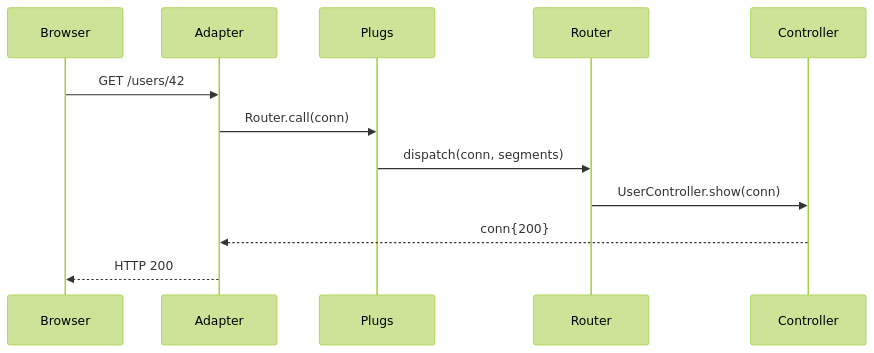
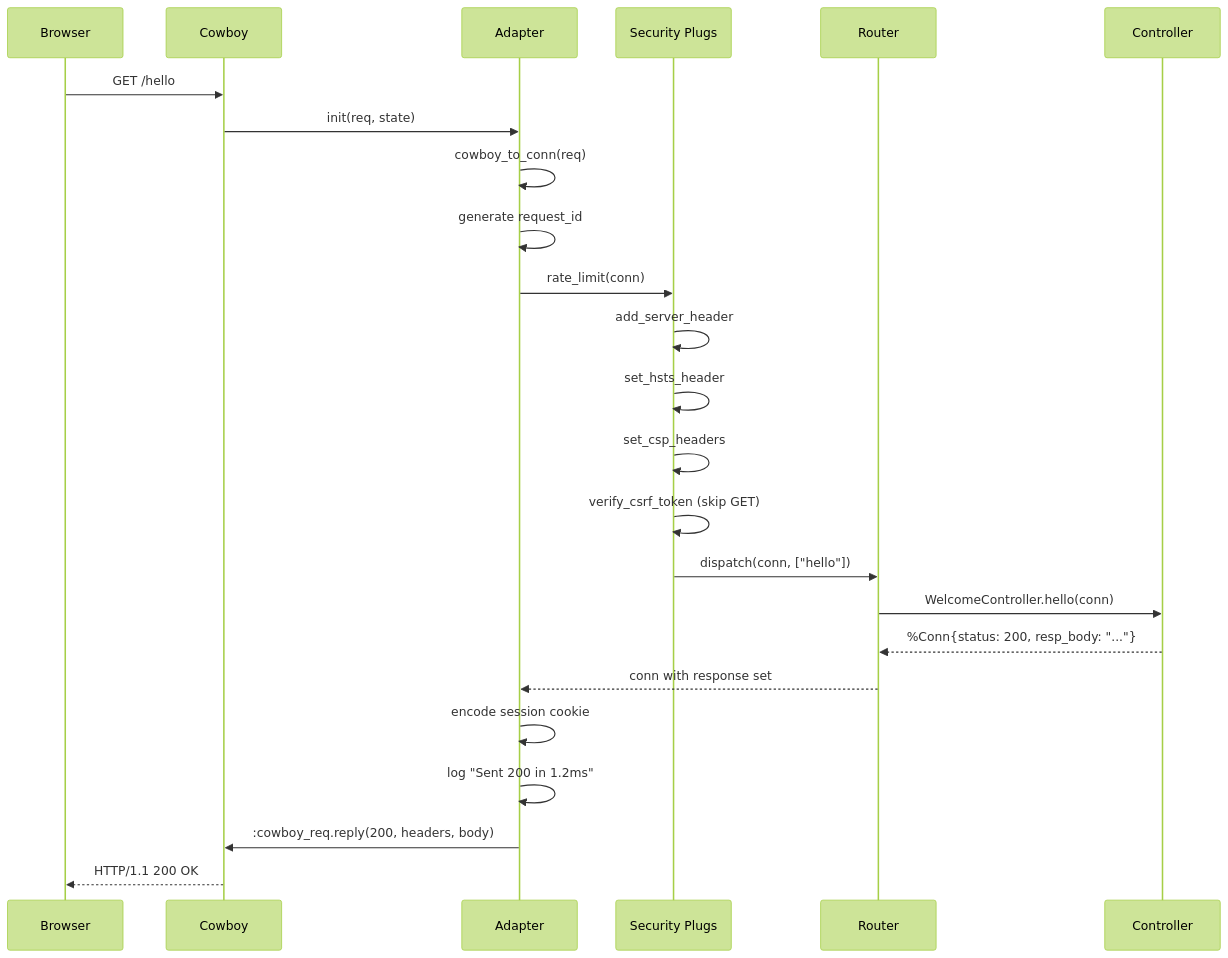
Before and after one commit to rajeshpillai/elixir-byowf: the diagram in course/flows/http-request-lifecycle.md, drawn with Mermaid (forest theme). The commit also changed other lines of this file and 26 other files, not shown here.

````diff
--- a/course/flows/http-request-lifecycle.md
+++ b/course/flows/http-request-lifecycle.md
@@ -25,14 +114,27 @@
 ```mermaid
 sequenceDiagram
     participant B as Browser
+    participant C as Cowboy
     participant A as Adapter
-    participant P as Plugs
+    participant S as Security Plugs
     participant R as Router
-    participant C as Controller
-    B->>A: GET /users/42
-    A->>P: Router.call(conn)
-    P->>R: dispatch(conn, segments)
-    R->>C: UserController.show(conn)
-    C-->>A: conn{200}
-    A-->>B: HTTP 200
+    participant Ctrl as Controller
+
+    B->>C: GET /hello
+    C->>A: init(req, state)
+    A->>A: cowboy_to_conn(req)
+    A->>A: generate request_id
+    A->>S: rate_limit(conn)
+    S->>S: add_server_header
+    S->>S: set_hsts_header
+    S->>S: set_csp_headers
+    S->>S: verify_csrf_token (skip GET)
+    S->>R: dispatch(conn, ["hello"])
+    R->>Ctrl: WelcomeController.hello(conn)
+    Ctrl-->>R: %Conn{status: 200, resp_body: "..."}
+    R-->>A: conn with response set
+    A->>A: encode session cookie
+    A->>A: log "Sent 200 in 1.2ms"
+    A->>C: :cowboy_req.reply(200, headers, body)
+    C-->>B: HTTP/1.1 200 OK
 ```
````
